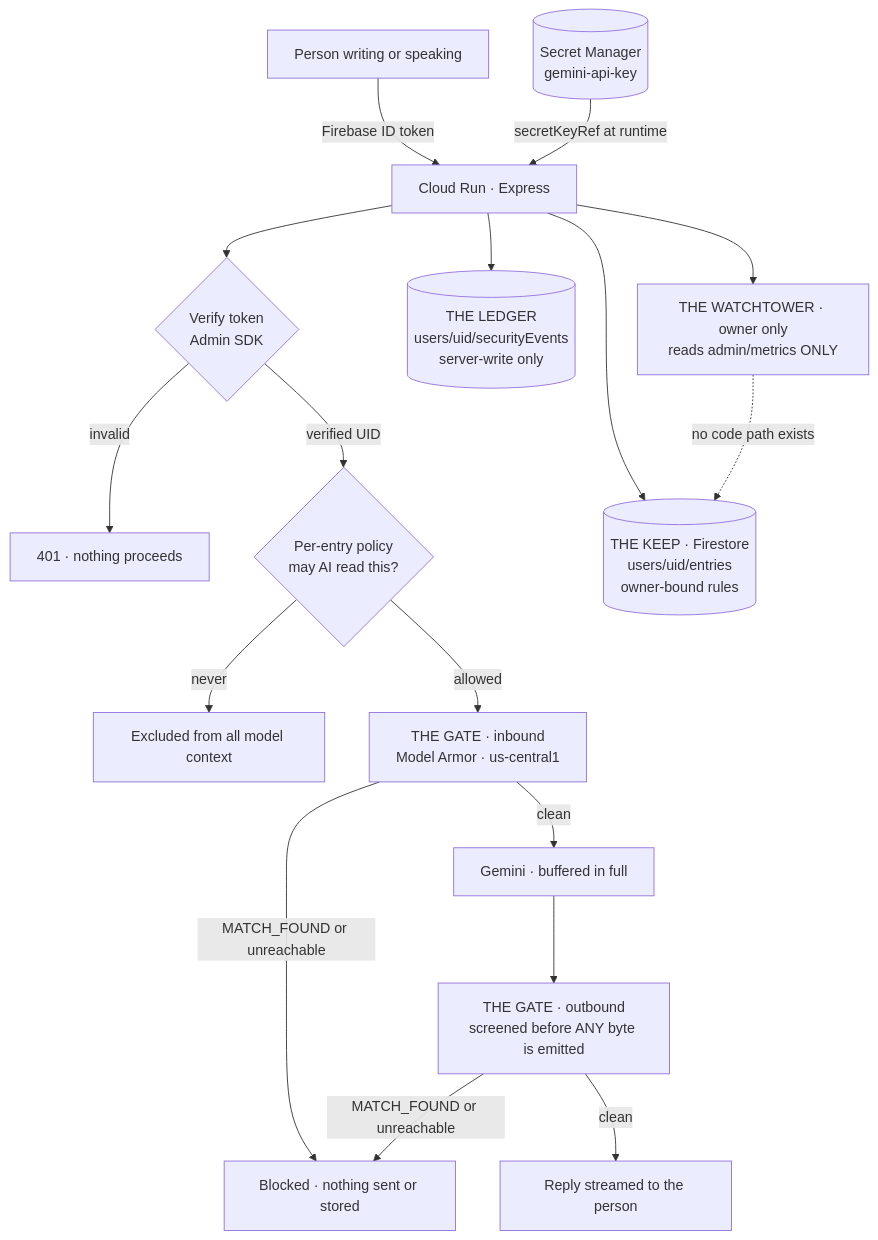
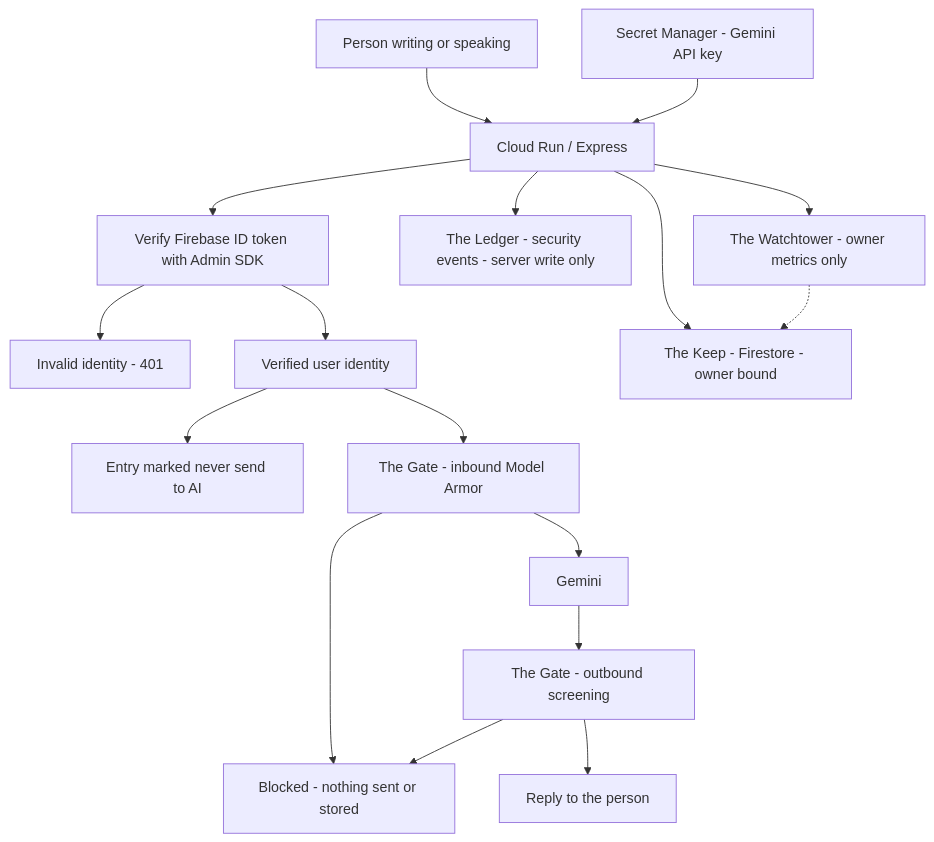
One commit to Lightovic/ThoughtKeep changed the diagram in README.md. Above: the diagram before and after it, drawn with Mermaid. The commit also changed other lines of this file, not shown here.

Commit message:
Fix README architecture heading

````diff
--- a/README.md
+++ b/README.md
@@ -23,19 +23,19 @@
 ```mermaid
 flowchart TD
-    U[Person writing or speaking] -->|Firebase ID token| A[Cloud Run · Express]
-    A --> V{"Verify token<br/>Admin SDK"}
-    V -->|invalid| X[401 · nothing proceeds]
-    V -->|verified UID| P{"Per-entry policy<br/>may AI read this?"}
-    P -->|never| X2[Excluded from all model context]
-    P -->|allowed| G1[THE GATE · inbound<br/>Model Armor · us-central1]
-    G1 -->|MATCH_FOUND or unreachable| B[Blocked · nothing sent or stored]
-    G1 -->|clean| GEM[Gemini · buffered in full]
-    GEM --> G2[THE GATE · outbound<br/>screened before ANY byte is emitted]
-    G2 -->|MATCH_FOUND or unreachable| B
-    G2 -->|clean| R[Reply streamed to the person]
-    A --> K[(THE KEEP · Firestore<br/>users/uid/entries<br/>owner-bound rules)]
-    A --> L[(THE LEDGER<br/>users/uid/securityEvents<br/>server-write only)]
-    A --> W[THE WATCHTOWER · owner only<br/>reads admin/metrics ONLY]
-    W -.->|no code path exists| K
-    S[(Secret Manager<br/>gemini-api-key)] -->|secretKeyRef at runtime| A
+    U["Person writing or speaking"] --> A["Cloud Run / Express"]
+    A --> V["Verify Firebase ID token with Admin SDK"]
+    V --> X["Invalid identity - 401"]
+    V --> P["Verified user identity"]
+    P --> X2["Entry marked never send to AI"]
+    P --> G["The Gate - inbound Model Armor"]
+    G --> B["Blocked - nothing sent or stored"]
+    G --> GEM["Gemini"]
+    GEM --> G2["The Gate - outbound screening"]
+    G2 --> B
+    G2 --> R["Reply to the person"]
+    A --> K["The Keep - Firestore - owner bound"]
+    A --> L["The Ledger - security events - server write only"]
+    A --> W["The Watchtower - owner metrics only"]
+    W -.-> K
+    S["Secret Manager - Gemini API key"] --> A
 ```
````
